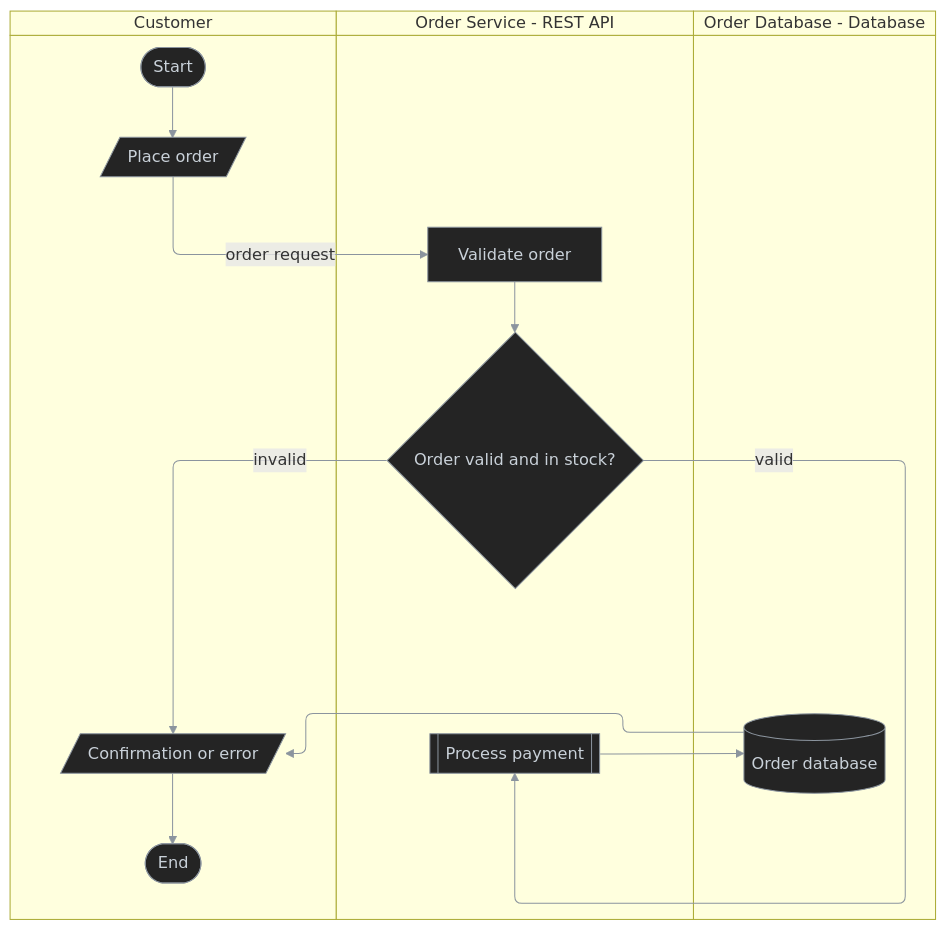
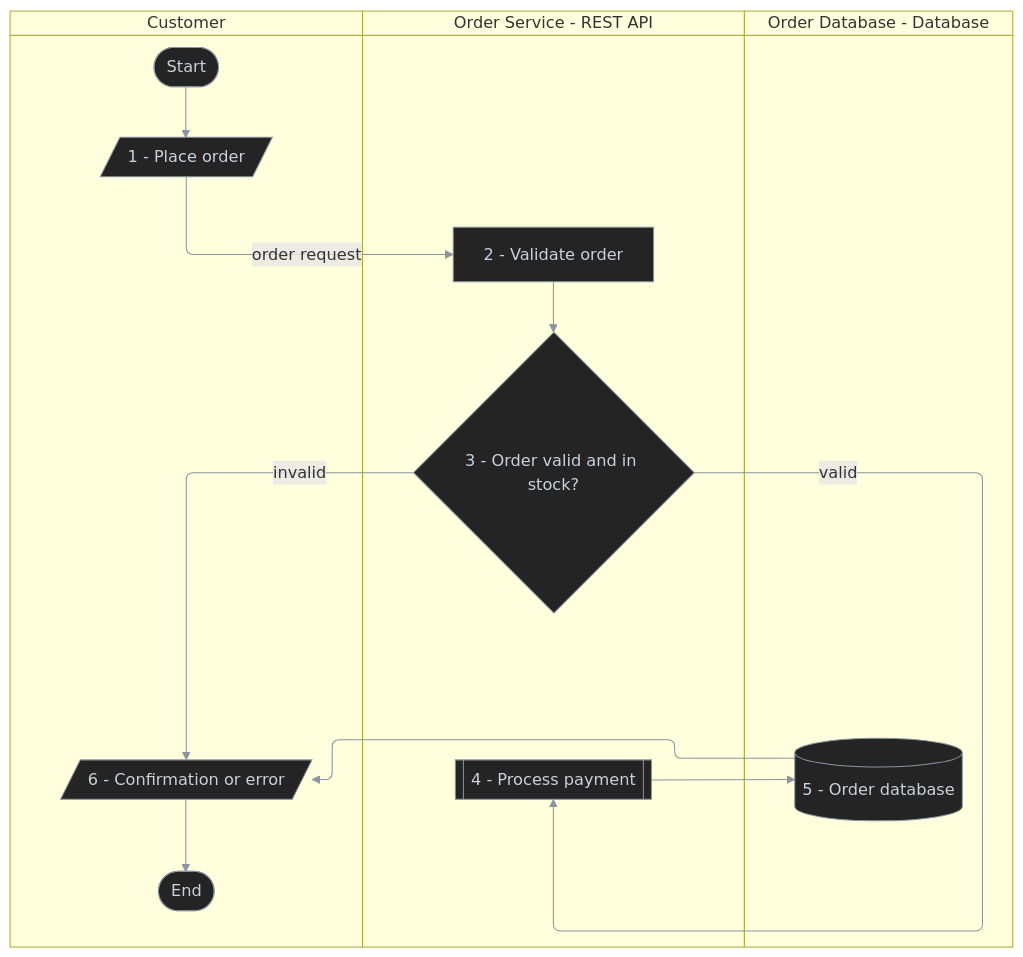
One commit to antshc/brain changed the fourth of 8 diagrams in plugins/wf/skills/doc-behavior-diagram/README.md. Above: the diagram before and after it, drawn with Mermaid. The commit also changed other lines of this file, not shown here.

Commit message:
Update behavior diagram examples with hierarchical step numbering for clarity

````diff
--- a/plugins/wf/skills/doc-behavior-diagram/README.md
+++ b/plugins/wf/skills/doc-behavior-diagram/README.md
@@ -101,30 +104,30 @@
 ```mermaid
 %%{init: {'themeVariables': {'lineColor': '#8b949e'}}}%%
 %% diagram-id: order-fulfillment-solution-responsibility
 swimlane-beta TB
   accTitle: Order fulfillment ownership
   accDescr: Shows responsibility moving from the customer to the order service and order database.
 
   subgraph customer [Customer]
     start([Start])
-    submit[/Place order/]
-    result[/Confirmation or error/]
+    submit[/1 - Place order/]
+    result[/6 - Confirmation or error/]
     endNode([End])
   end
 
   subgraph restApi [Order Service - REST API]
-    validate[Validate order]
-    valid{Order valid and in stock?}
-    payment[[Process payment]]
+    validate[2 - Validate order]
+    valid{3 - Order valid and in stock?}
+    payment[[4 - Process payment]]
   end
 
   subgraph database [Order Database - Database]
-    persistOrder[(Order database)]
+    persistOrder[(5 - Order database)]
   end
 
   start --> submit -->|order request| validate --> valid
   valid -->|invalid| result
   valid -->|valid| payment --> persistOrder --> result --> endNode
 
   classDef default fill:#242424,stroke:#8b949e,color:#c9d1d9,stroke-width:1px
 ```
````
